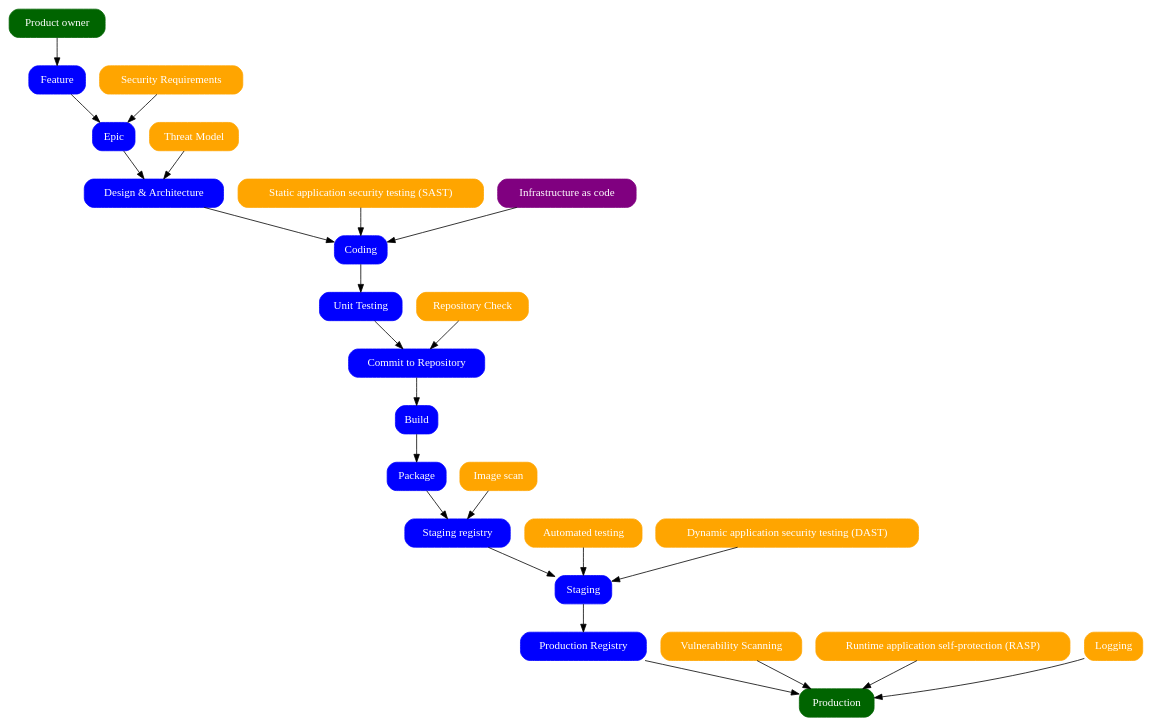
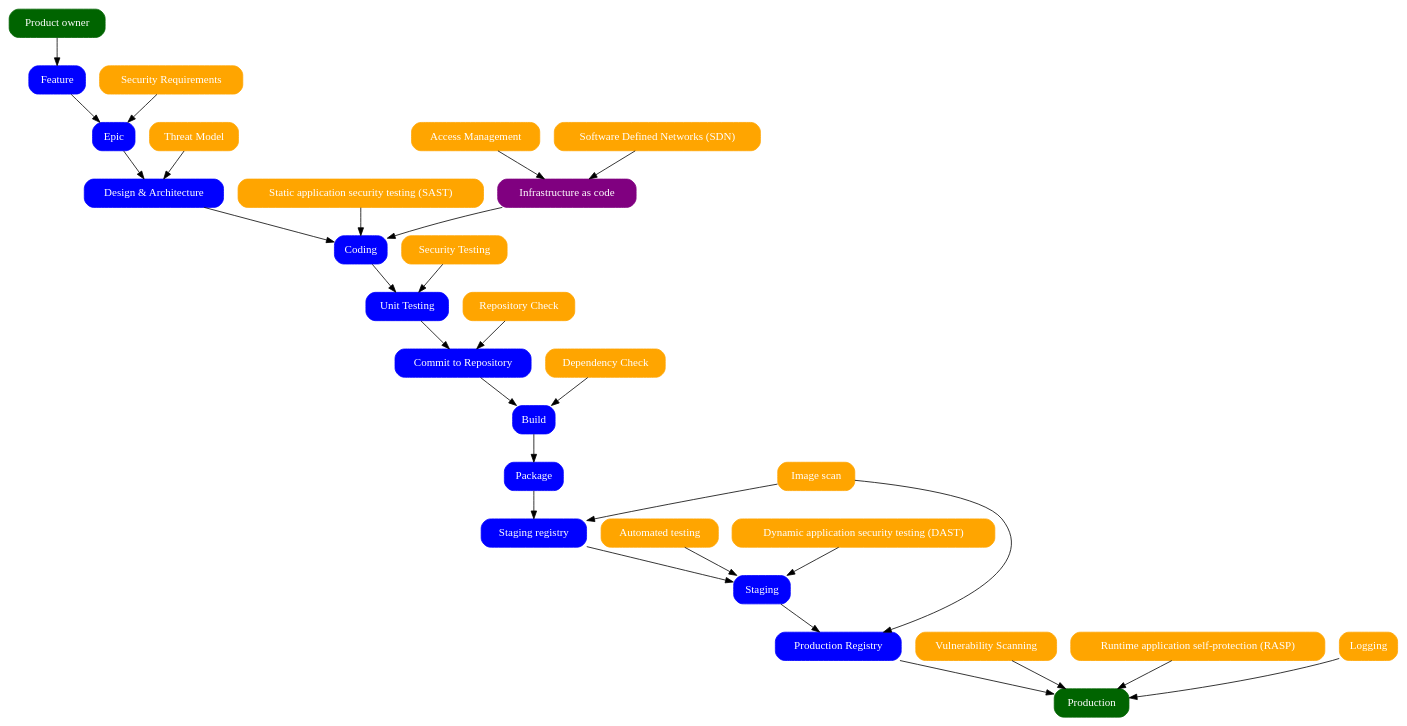
The diagram in AppSec.dot (dstergiou/workflow), drawn with Graphviz before and after one commit.

Commit message:
Added controls on IaaS

```diff
--- a/AppSec.dot
+++ b/AppSec.dot
@@ -63,12 +63,33 @@
         fontcolor=white,
         label="Infrastructure as code";
     ]
+    access_management[
+        shape=box, 
+        style="rounded,filled", 
+        color=orange, 
+        fontcolor=white,
+        label="Access Management";
+    ]
+    network_segregation[
+        shape=box, 
+        style="rounded,filled", 
+        color=orange, 
+        fontcolor=white,
+        label="Software Defined Networks (SDN)";
+    ]
     unit_testing[
         shape=box, 
         style="rounded,filled", 
         color=blue, 
         fontcolor=white,
         label="Unit Testing";
+    ]
+    security_testing[
+        shape=box, 
+        style="rounded,filled", 
+        color=orange, 
+        fontcolor=white,
+        label="Security Testing";
     ]
     commit[
         shape=box, 
@@ -90,6 +111,13 @@
         color=blue, 
         fontcolor=white,
         label="Build";
+    ]
+    dependency_check[
+        shape=box, 
+        style="rounded,filled", 
+        color=orange, 
+        fontcolor=white,
+        label="Dependency Check";
     ]
     package[
         shape=box, 
@@ -176,10 +204,14 @@
     design -> code
     sast -> code
     infrastructure_as_code -> code
+    access_management -> infrastructure_as_code
+    network_segregation -> infrastructure_as_code
     code -> unit_testing
+    security_testing -> unit_testing
     unit_testing -> commit
     repository_check -> commit
     commit -> build
+    dependency_check -> build
     build -> package
     package -> staging_registry
     image_scan -> staging_registry
@@ -187,6 +219,7 @@
     automated_tests -> staging
     dast -> staging
     staging -> production_registry
+    image_scan -> production_registry
     production_registry -> production
     vulnerability_scanning -> production
     rasp -> production
```
